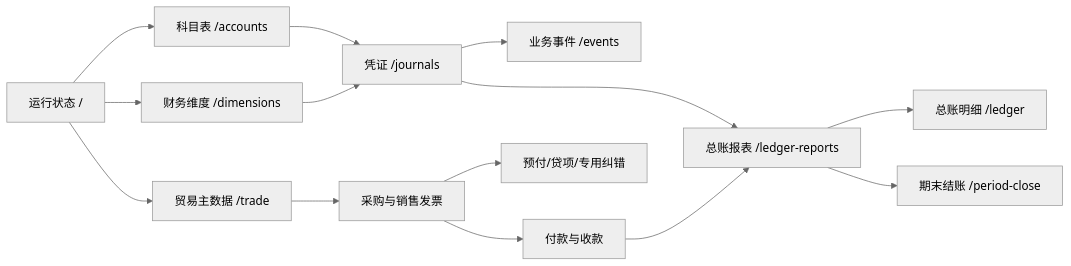
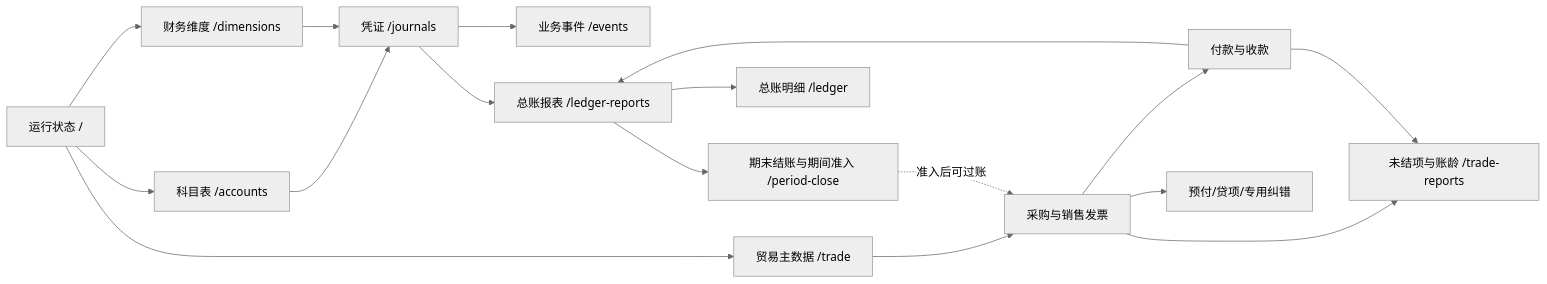
The diagram in docs/flows/overview.md (lingshf/ai-native-erp), drawn with Mermaid (neutral theme) before and after one commit. The commit also changed 26 other files, not shown here.

Commit message:
docs: prepare v0.2.0 release (CHANGELOG, user docs, flows, demo, release notes, sprint review)

````diff
--- a/docs/flows/overview.md
+++ b/docs/flows/overview.md
@@ -3,16 +3,19 @@
 ```mermaid
 flowchart LR
   OV["运行状态 /"] --> ACC["科目表 /accounts"]
   OV --> DIM["财务维度 /dimensions"]
   OV --> TM["贸易主数据 /trade"]
   ACC --> JR["凭证 /journals"]
   DIM --> JR
   JR --> EV["业务事件 /events"]
   TM --> INV["采购与销售发票"]
   INV --> SET["付款与收款"]
   INV --> ADJ["预付/贷项/专用纠错"]
+  INV --> TR["未结项与账龄 /trade-reports"]
+  SET --> TR
   JR --> LR["总账报表 /ledger-reports"]
   SET --> LR
   LR --> LD["总账明细 /ledger"]
-  LR --> PC["期末结账 /period-close"]
+  LR --> PC["期末结账与期间准入 /period-close"]
+  PC -.准入后可过账.-> INV
 ```
````
